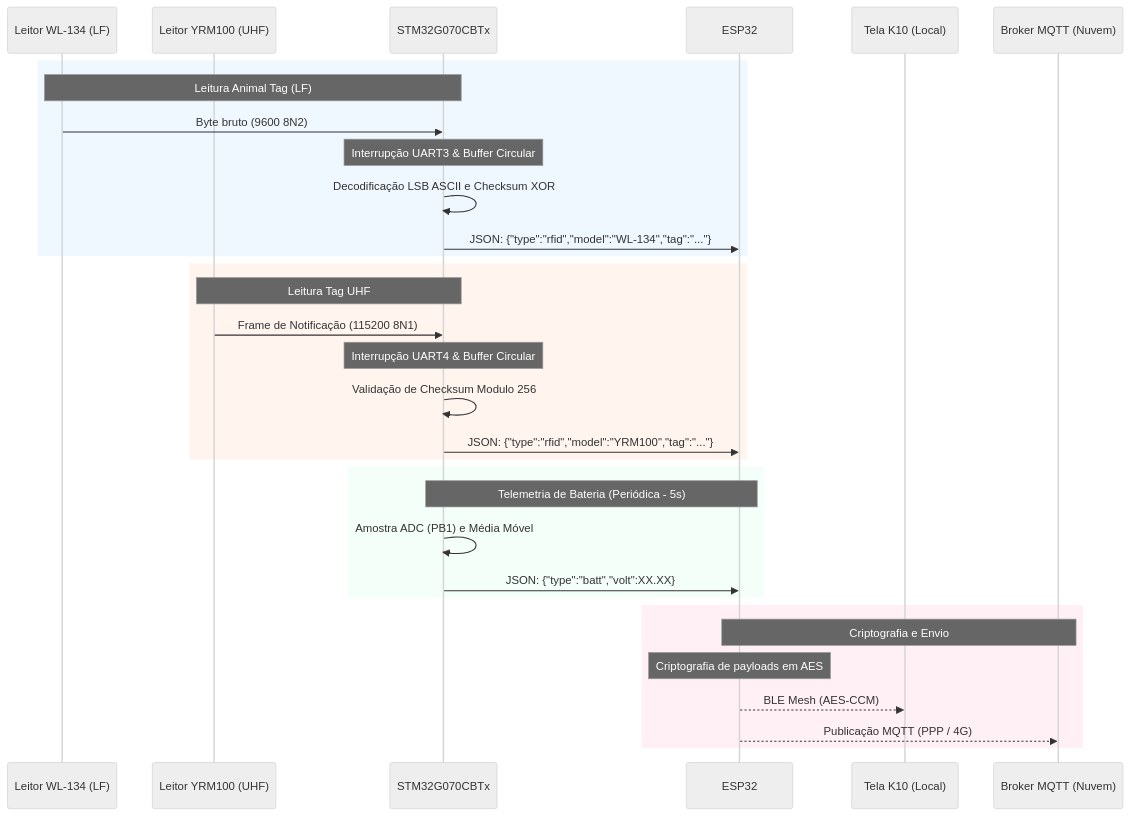
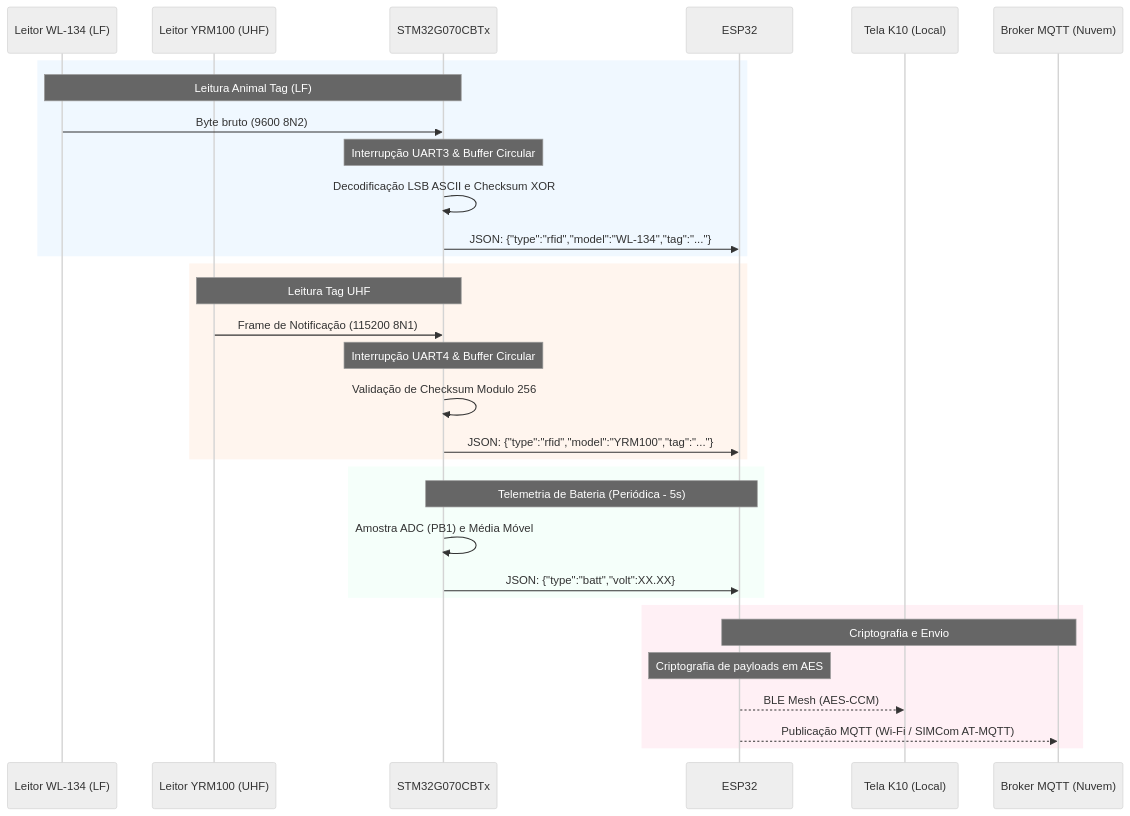
Before and after one commit to malufis/bastaoIOT-Gateway: the diagram in Manual/arquitetura.md, drawn with Mermaid (neutral theme). The commit also changed other lines of this file and 97 other files, not shown here.

````diff
--- a/Manual/arquitetura.md
+++ b/Manual/arquitetura.md
@@ -47,38 +47,38 @@
 ```mermaid
 sequenceDiagram
     participant WL as Leitor WL-134 (LF)
     participant YRM as Leitor YRM100 (UHF)
     participant STM as STM32G070CBTx
     participant ESP as ESP32
     participant K10 as Tela K10 (Local)
     participant Cloud as Broker MQTT (Nuvem)
 
     rect rgb(240, 248, 255)
         Note over WL, STM: Leitura Animal Tag (LF)
         WL->>STM: Byte bruto (9600 8N2)
         Note over STM: Interrupção UART3 & Buffer Circular
         STM->>STM: Decodificação LSB ASCII e Checksum XOR
         STM->>ESP: JSON: {"type":"rfid","model":"WL-134","tag":"..."}
     end
 
     rect rgb(255, 245, 238)
         Note over YRM, STM: Leitura Tag UHF
         YRM->>STM: Frame de Notificação (115200 8N1)
         Note over STM: Interrupção UART4 & Buffer Circular
         STM->>STM: Validação de Checksum Modulo 256
         STM->>ESP: JSON: {"type":"rfid","model":"YRM100","tag":"..."}
     end
 
     rect rgb(245, 255, 250)
         Note over STM, ESP: Telemetria de Bateria (Periódica - 5s)
         STM->>STM: Amostra ADC (PB1) e Média Móvel
         STM->>ESP: JSON: {"type":"batt","volt":XX.XX}
     end
 
     rect rgb(255, 240, 245)
         Note over ESP, Cloud: Criptografia e Envio
         Note over ESP: Criptografia de payloads em AES
         ESP-->>K10: BLE Mesh (AES-CCM)
-        ESP-->>Cloud: Publicação MQTT (PPP / 4G)
+        ESP-->>Cloud: Publicação MQTT (Wi-Fi / SIMCom AT-MQTT)
     end
 ```
````
